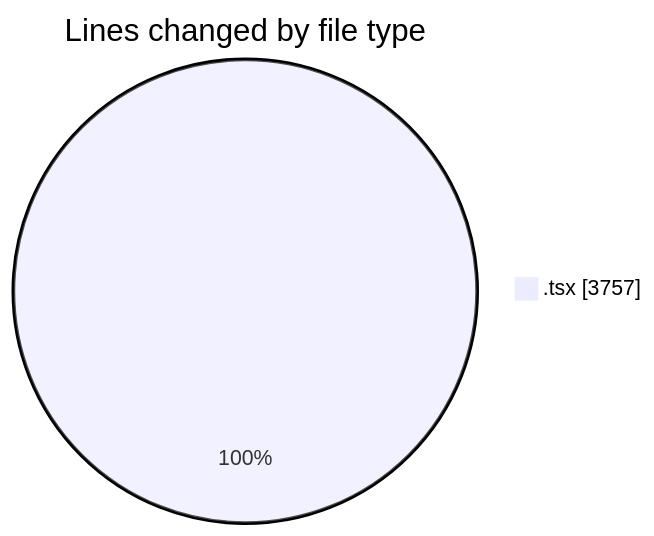
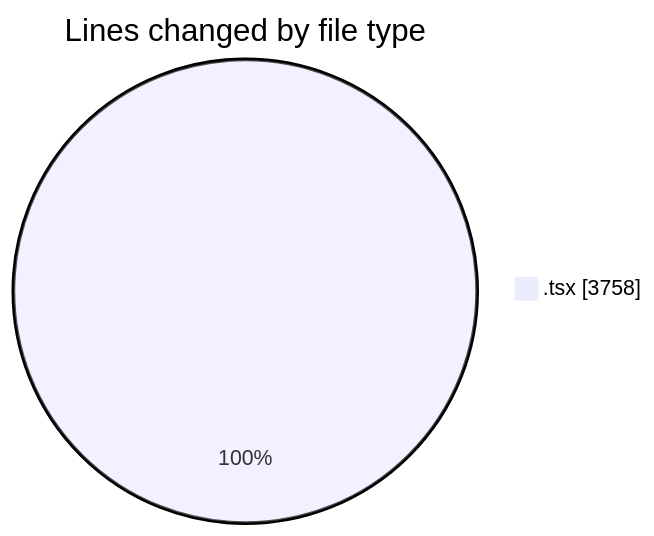
The first of 2 diagrams in 2026-04-01/nxtqube_webapp/README.md (nxtqubesakshisongat/code-tracking), drawn with Mermaid before and after one commit. The commit also changed other lines of this file and 1 other file, not shown here.

````diff
--- a/2026-04-01/nxtqube_webapp/README.md
+++ b/2026-04-01/nxtqube_webapp/README.md
@@ -21,5 +21,5 @@
 ```mermaid
 pie showData
 title Lines changed by file type
-".tsx" : 3757
+".tsx" : 3758
 ```
````
